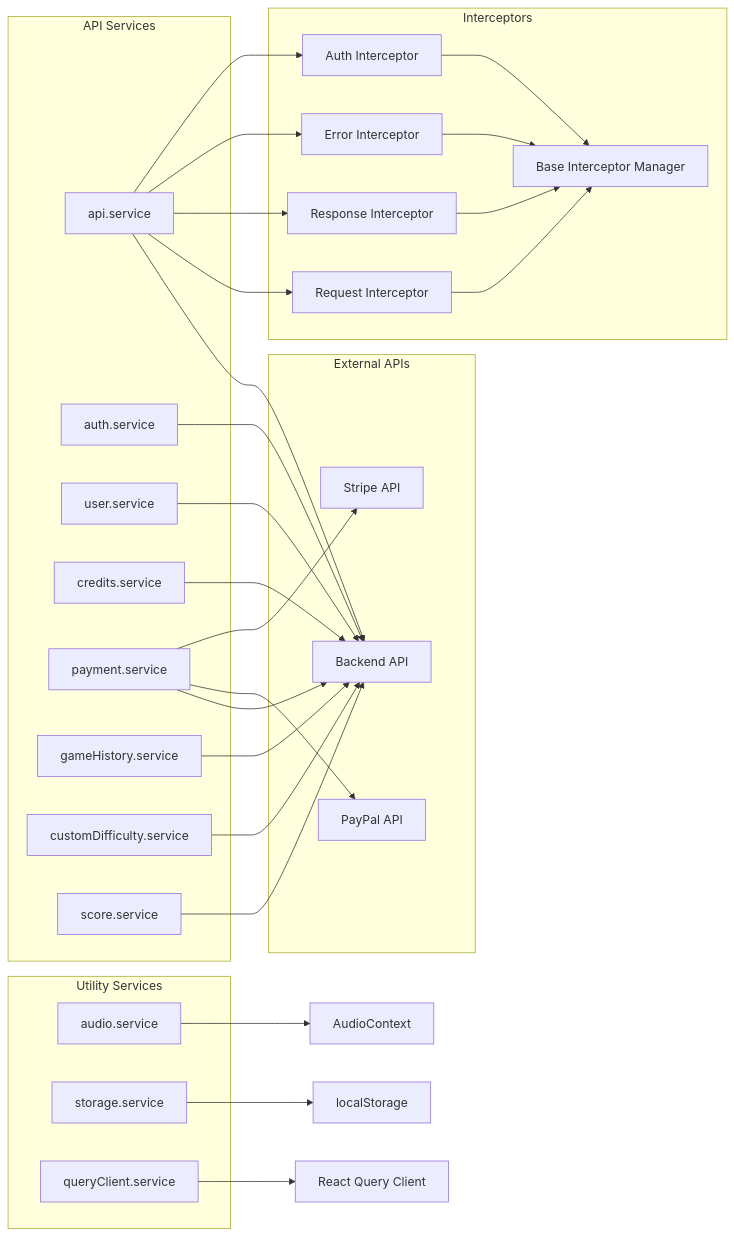
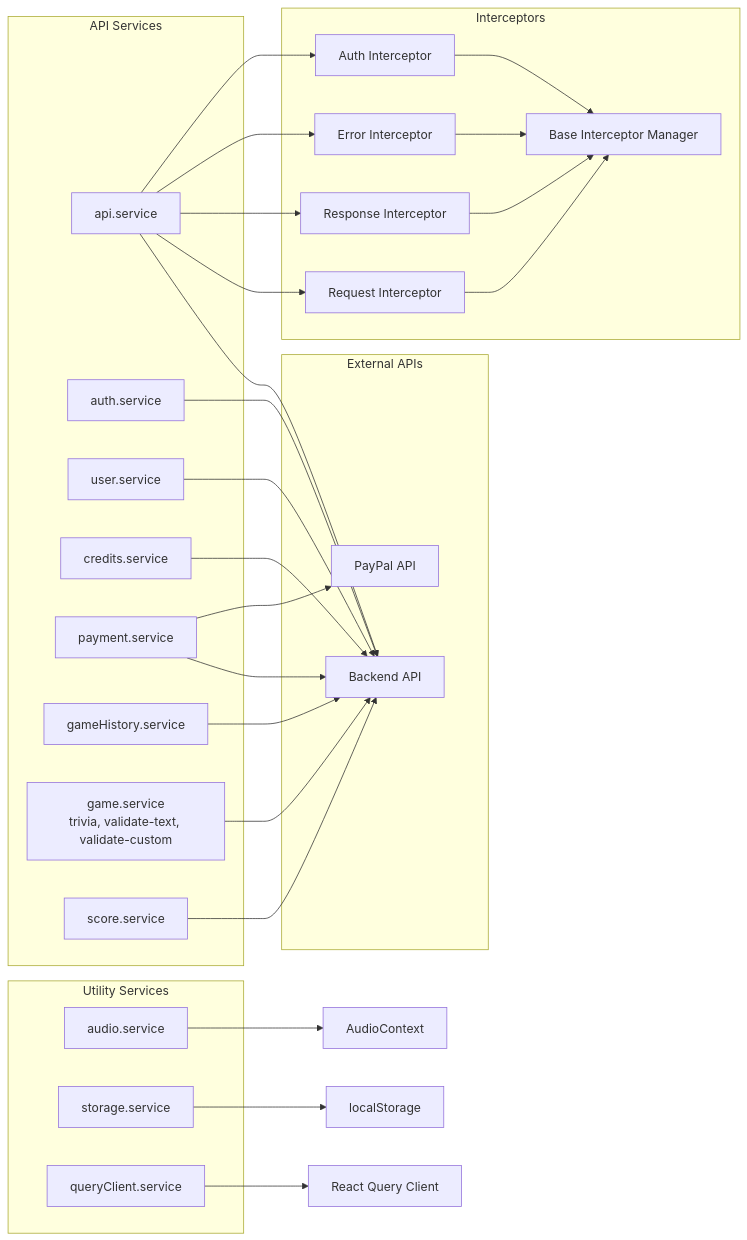
Diagram 21 of 28 in docs/DIAGRAMS.md (IsraelRub/EveryTriv), drawn with Mermaid before and after one commit. The commit also changed other lines of this file and 576 other files, not shown here.

````diff
--- a/docs/DIAGRAMS.md
+++ b/docs/DIAGRAMS.md
@@ -1375,55 +1428,53 @@
 ```mermaid
 graph LR
     subgraph "API Services"
         A[api.service]
         B[auth.service]
         C[user.service]
         D[credits.service]
         E[payment.service]
         F[gameHistory.service]
-        G[customDifficulty.service]
+        G[game.service<br/>trivia, validate-text, validate-custom]
         H[score.service]
     end
 
     subgraph "Utility Services"
         I[audio.service]
         J[storage.service]
         K[queryClient.service]
     end
 
     subgraph "Interceptors"
         L[Request Interceptor]
         M[Response Interceptor]
         N[Error Interceptor]
         O[Auth Interceptor]
         P[Base Interceptor Manager]
     end
 
     subgraph "External APIs"
         Q[Backend API]
         R[PayPal API]
-        S[Stripe API]
     end
 
     A --> Q
     B --> Q
     C --> Q
     D --> Q
     E --> Q
     F --> Q
     G --> Q
     H --> Q
     E --> R
-    E --> S
     A --> L
     A --> M
     A --> N
     A --> O
     L --> P
     M --> P
     N --> P
     O --> P
     I --> T[AudioContext]
     J --> U[localStorage]
     K --> V[React Query Client]
 ```
````
